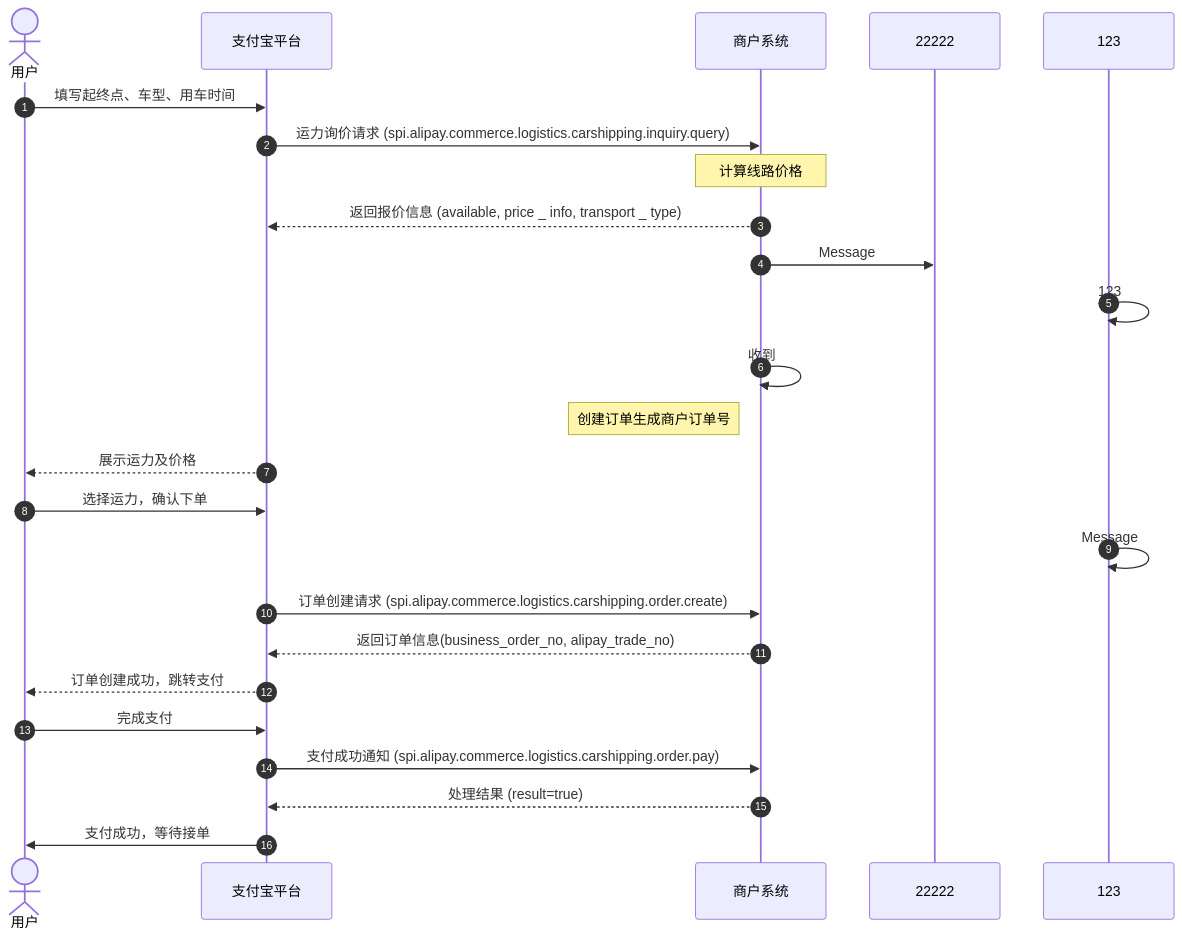
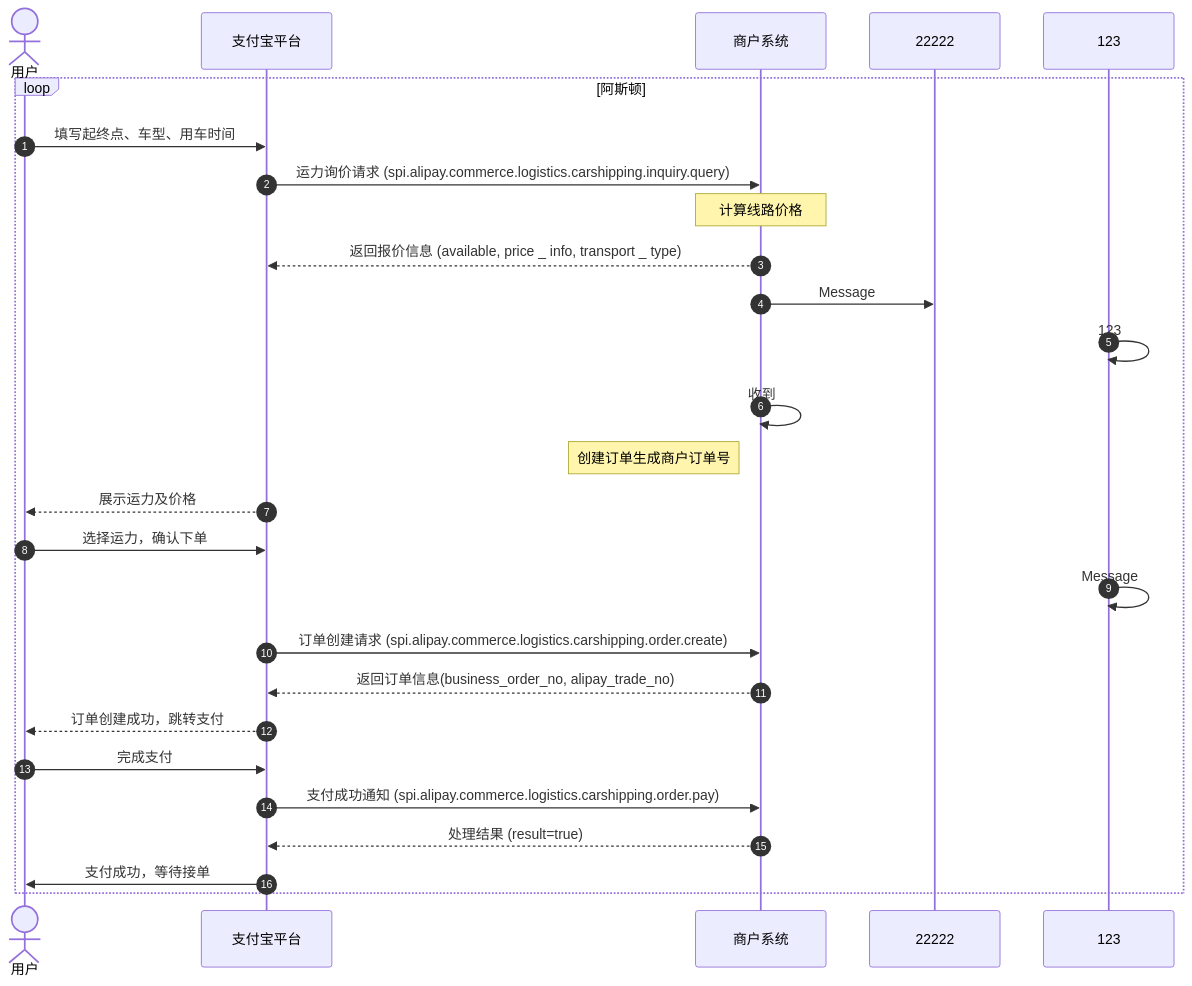
The diagram in mmd/test_dba1b258-be6a-414c-9967-aedbcccfa44f.mmd (pingpm/mermaid_vault), drawn with Mermaid before and after one commit. The commit also changed 4 other files, not shown here.

Commit message:
Sync Mermaid Studio data (8 diagrams)

```diff
--- a/mmd/test_dba1b258-be6a-414c-9967-aedbcccfa44f.mmd
+++ b/mmd/test_dba1b258-be6a-414c-9967-aedbcccfa44f.mmd
@@ -1,25 +1,27 @@
 sequenceDiagram
   autonumber
   actor p0 as 用户
   participant p1 as 支付宝平台
   participant p2 as 商户系统
   participant p3 as 22222
   participant p4 as 123
+  loop 阿斯顿
   p0->>p1: 填写起终点、⻋型、⽤⻋时间
   p1->>p2: 运⼒询价请求 (spi.alipay.commerce.logistics.carshipping.inquiry.query)
   Note over p2: 计算线路价格
   p2-->>p1: 返回报价信息 (available, price _ info, transport _ type)
   p2->>p3: Message
   p4->>p4: 123
   p2->>p2: 收到
   Note left of p2: 创建订单⽣成商户订单号
   p1-->>p0: 展示运⼒及价格
   p0->>p1: 选择运⼒，确认下单
   p4->>p4: Message
   p1->>p2: 订单创建请求 (spi.alipay.commerce.logistics.carshipping.order.create)
   p2-->>p1: 返回订单信息(business_order_no, alipay_trade_no)
   p1-->>p0: 订单创建成功，跳转⽀付
   p0->>p1: 完成⽀付
   p1->>p2: ⽀付成功通知 (spi.alipay.commerce.logistics.carshipping.order.pay)
   p2-->>p1: 处理结果 (result=true)
   p1->>p0: ⽀付成功，等待接单
+  end
```
